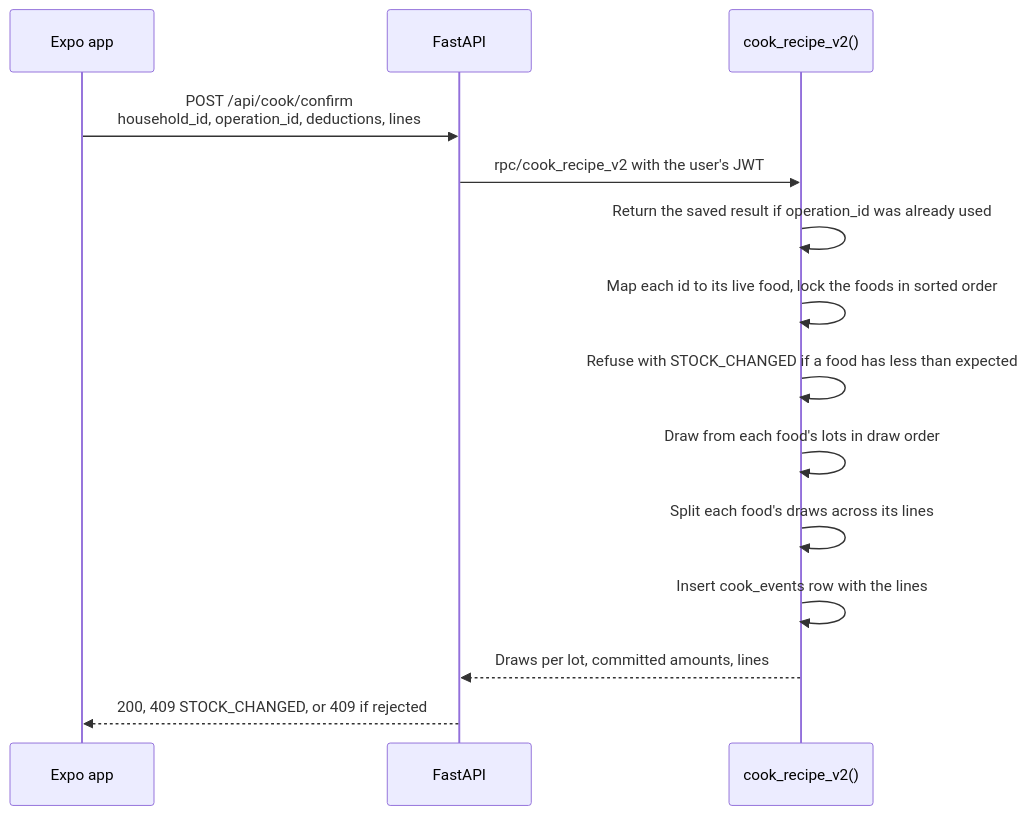
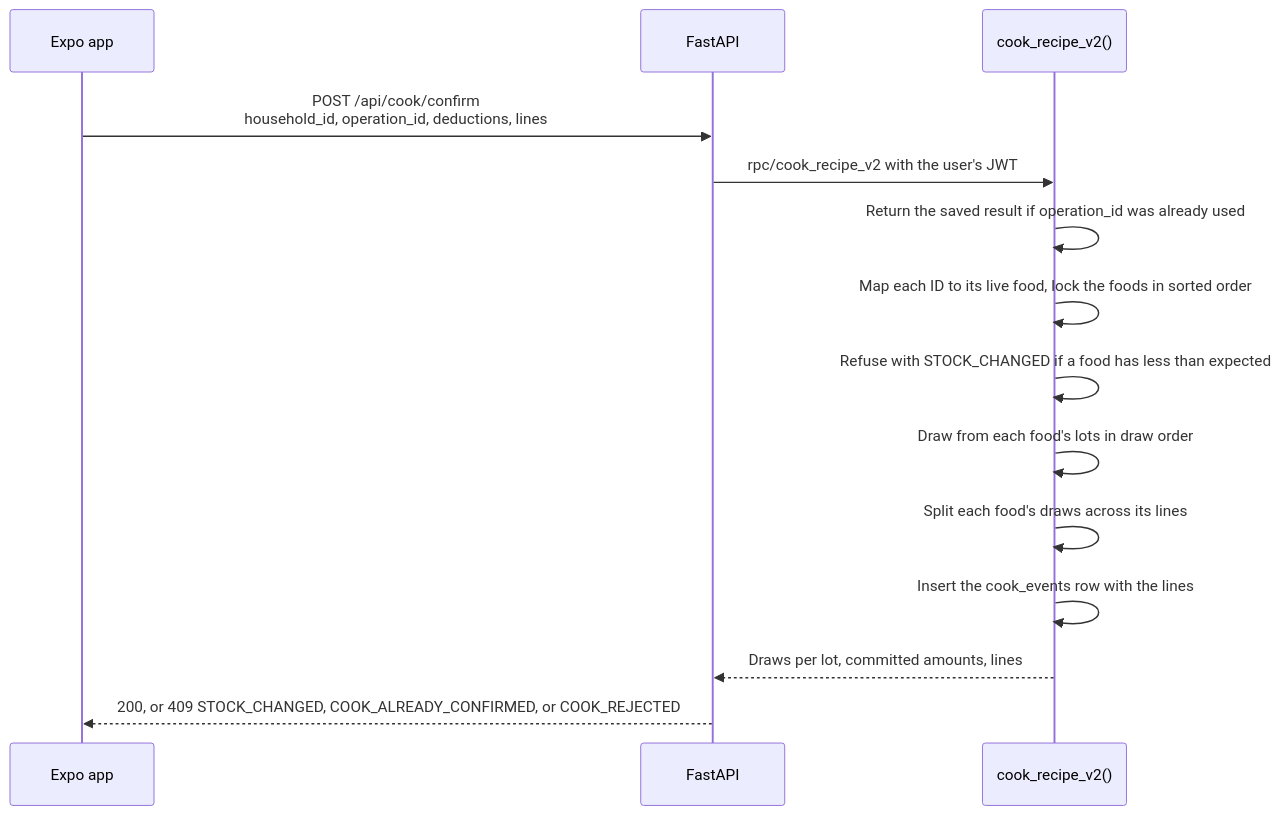
The fifth of 5 diagrams in docs/architecture.md (brandon-sanchez/FreshPlate), drawn with Mermaid before and after one commit. The commit also changed other lines of this file, not shown here.

First line of the commit message:
docs: describe the architecture as it runs on main (#276)

````diff
--- a/docs/architecture.md
+++ b/docs/architecture.md
@@ -178,17 +246,17 @@
 ```mermaid
 sequenceDiagram
 	participant App as Expo app
 	participant API as FastAPI
 	participant DB as cook_recipe_v2()
 
 	App->>API: POST /api/cook/confirm<br/>household_id, operation_id, deductions, lines
 	API->>DB: rpc/cook_recipe_v2 with the user's JWT
 	DB->>DB: Return the saved result if operation_id was already used
-	DB->>DB: Map each id to its live food, lock the foods in sorted order
+	DB->>DB: Map each ID to its live food, lock the foods in sorted order
 	DB->>DB: Refuse with STOCK_CHANGED if a food has less than expected
 	DB->>DB: Draw from each food's lots in draw order
 	DB->>DB: Split each food's draws across its lines
-	DB->>DB: Insert cook_events row with the lines
+	DB->>DB: Insert the cook_events row with the lines
 	DB-->>API: Draws per lot, committed amounts, lines
-	API-->>App: 200, 409 STOCK_CHANGED, or 409 if rejected
+	API-->>App: 200, or 409 STOCK_CHANGED, COOK_ALREADY_CONFIRMED, or COOK_REJECTED
 ```
````
